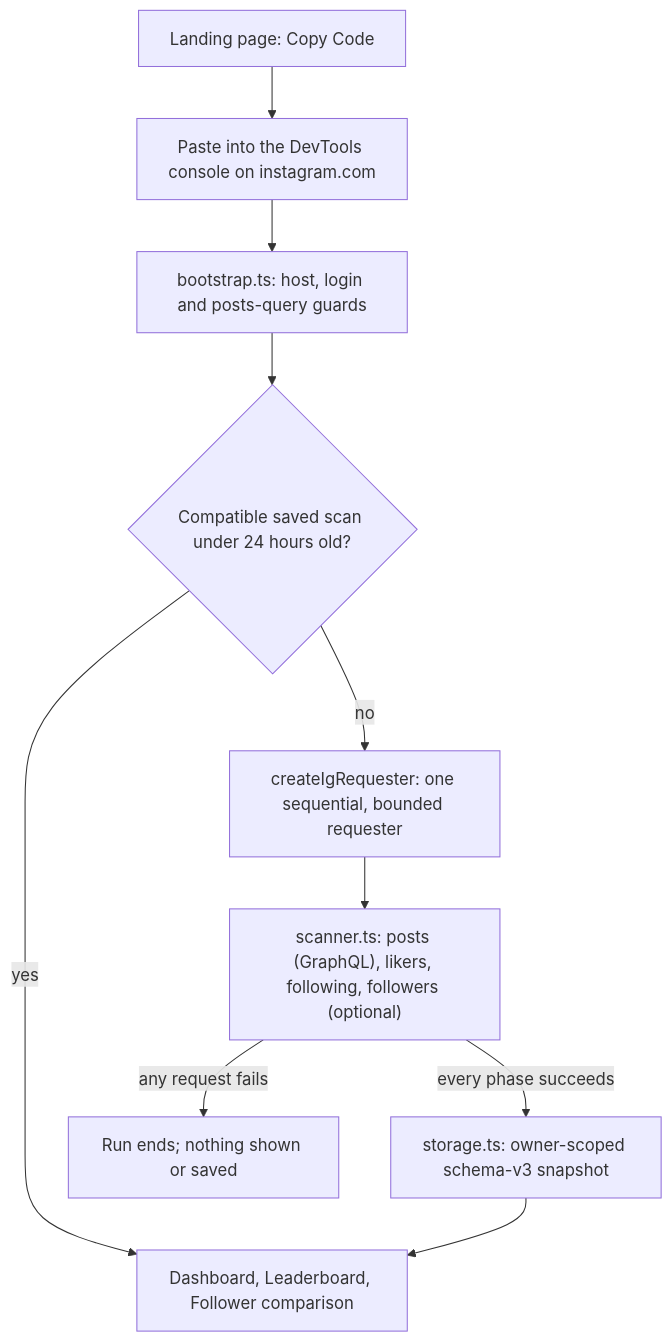
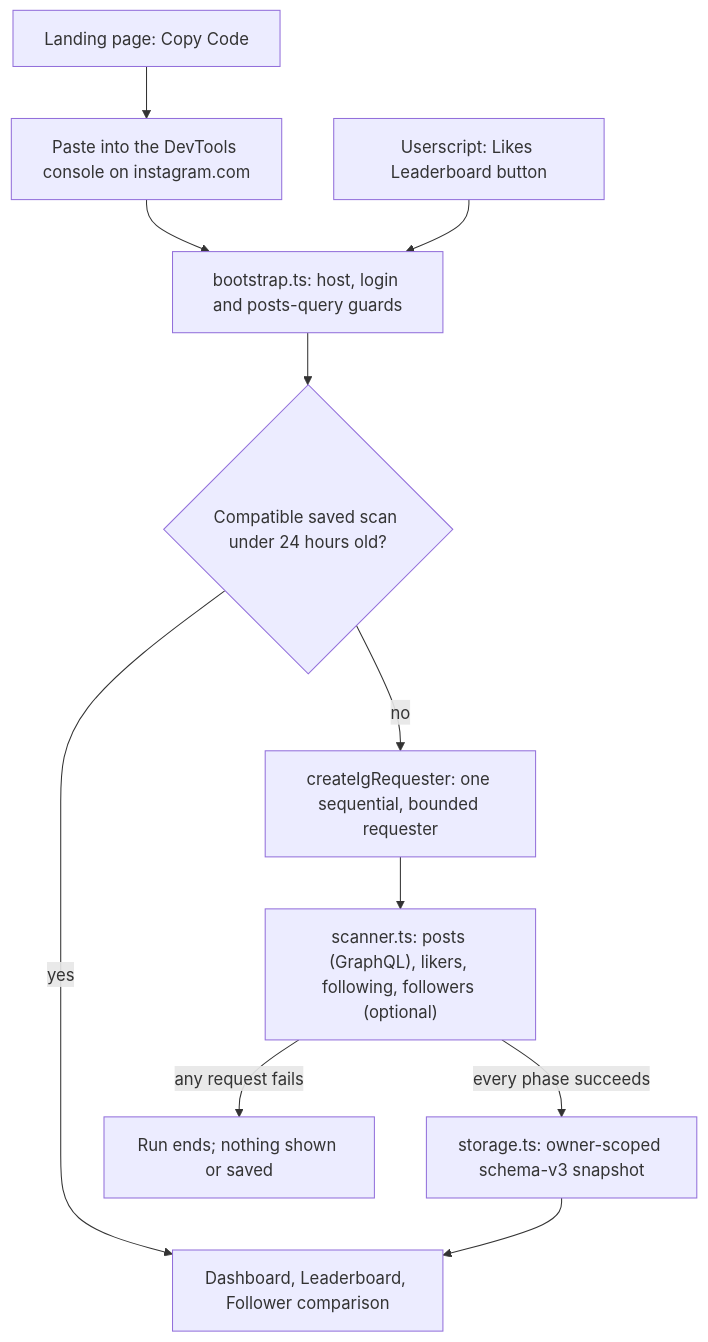
One commit to Sagargupta16/InstagramLikesLeaderboard changed the diagram in README.md. Above: the diagram before and after it, drawn with Mermaid. The commit also changed other lines of this file and 34 other files, not shown here.

````diff
--- a/README.md
+++ b/README.md
@@ -83,12 +118,13 @@
 ```mermaid
 flowchart TD
     A["Landing page: Copy Code"] --> B["Paste into the DevTools console on instagram.com"]
+    U["Userscript: Likes Leaderboard button"] --> C
     B --> C["bootstrap.ts: host, login and posts-query guards"]
     C --> D{"Compatible saved scan under 24 hours old?"}
     D -- yes --> V["Dashboard, Leaderboard, Follower comparison"]
     D -- no --> E["createIgRequester: one sequential, bounded requester"]
     E --> F["scanner.ts: posts (GraphQL), likers, following, followers (optional)"]
     F -- "any request fails" --> X["Run ends; nothing shown or saved"]
     F -- "every phase succeeds" --> G["storage.ts: owner-scoped schema-v3 snapshot"]
     G --> V
 ```
````
